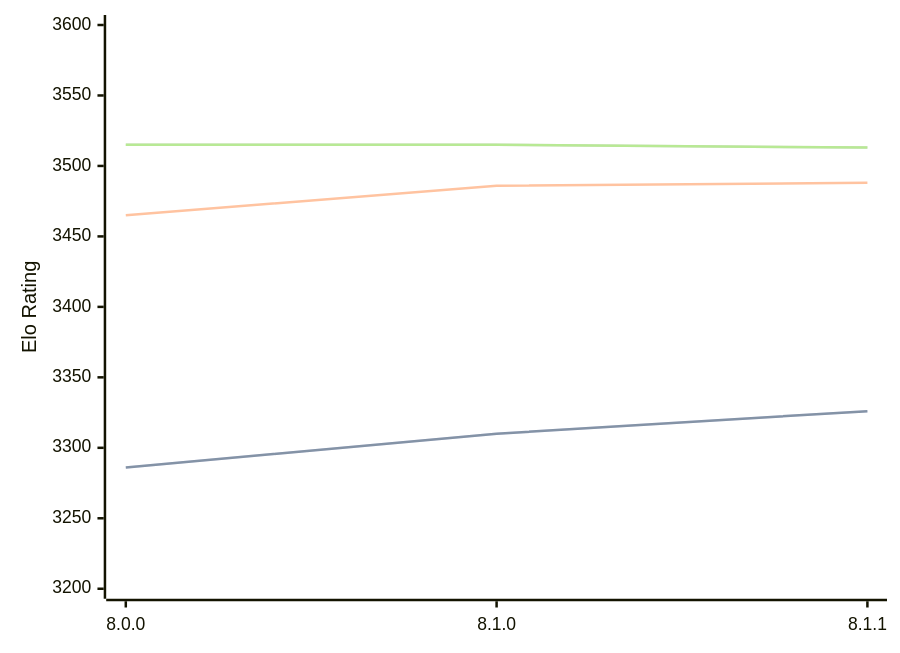
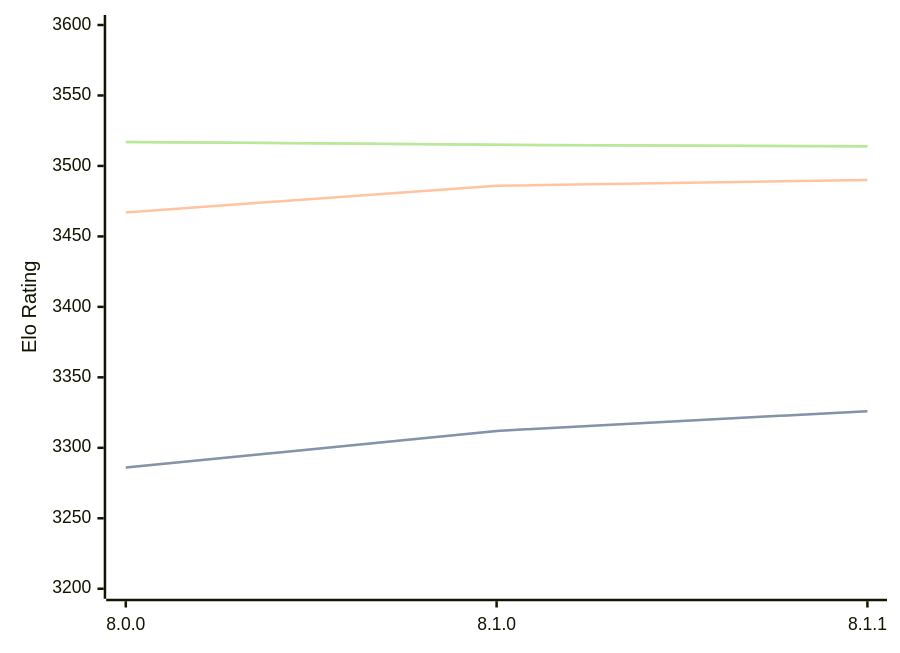
Before and after one commit to computer-chess-index/cci: the diagram in engines/Velvet.md, drawn with Mermaid. The commit also changed other lines of this file, not shown here.

Commit message:
Update CCI Ratings (ELO VLTC) - 2026-05-04

````diff
--- a/engines/Velvet.md
+++ b/engines/Velvet.md
@@ -57,11 +57,11 @@
 ```mermaid
 %%{init: {"theme":"base","themeVariables":{"seriesColors:['#a3a3a3','#222221','#faa371']}}}%%
 xychart-beta
   x-axis ["8.0.0", "8.1.0", "8.1.1"]
   y-axis "Elo Rating" 3200 --> 3600
-  line "STC (8.0+0.08s)" [3286, 3310, 3326]
-  line "STC (8.0+0.08s)" [3286, 3310, 3326]
-  line "LTC (60.0+0.60s)" [3465, 3486, 3488]
-  line "VLTC (2m24s+1.12s)" [3515, 3515, 3513]
-  line "VLTC (2m24s+1.12s)" [3515, 3515, 3513]
+  line "STC (8.0+0.08s)" [3286, 3312, 3326]
+  line "STC (8.0+0.08s)" [3286, 3312, 3326]
+  line "LTC (60.0+0.60s)" [3467, 3486, 3490]
+  line "VLTC (2m24s+1.12s)" [3517, 3515, 3514]
+  line "VLTC (2m24s+1.12s)" [3517, 3515, 3514]
 ```
````
